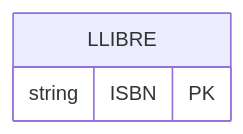
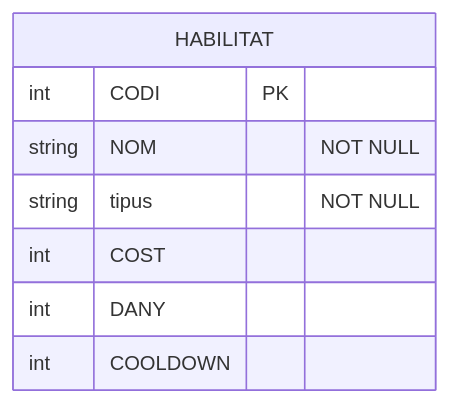
Before and after one commit to apb-sketch/Lliuraments-2627: the diagram in GBD/activitat-02-diagrama-er/diagrama-er-mermaid.md, drawn with Mermaid.

Commit message:
Add hability table

````diff
--- a/GBD/activitat-02-diagrama-er/diagrama-er-mermaid.md
+++ b/GBD/activitat-02-diagrama-er/diagrama-er-mermaid.md
@@ -1,6 +1,11 @@
 ```mermaid
 erDiagram
-        LLIBRE {
-                string ISBN PK
+        HABILITAT {
+                int CODI PK
+                string NOM "NOT NULL"
+                string tipus "NOT NULL"
+                int COST
+                int DANY
+                int COOLDOWN
         }
 ``` 
````
